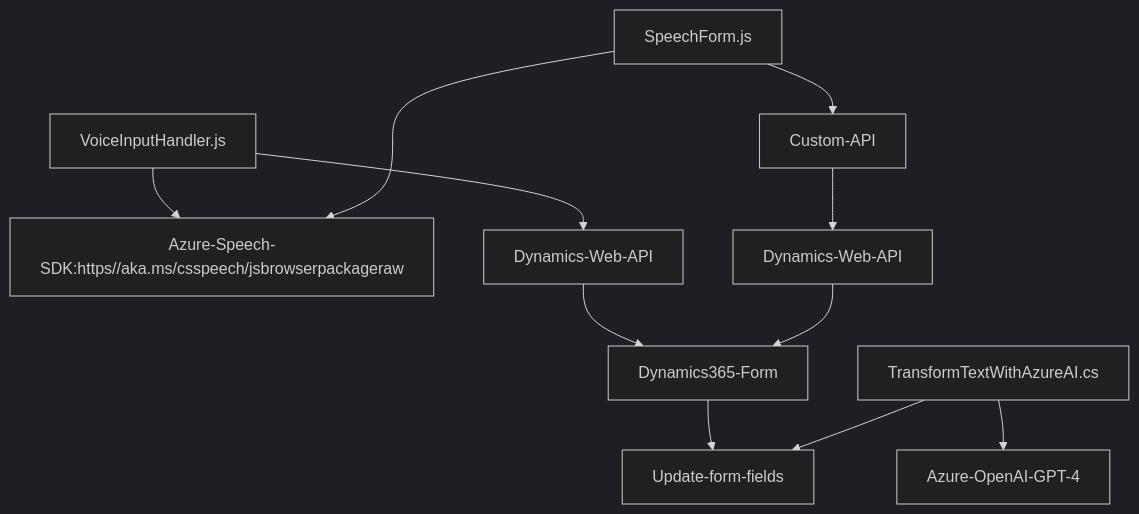
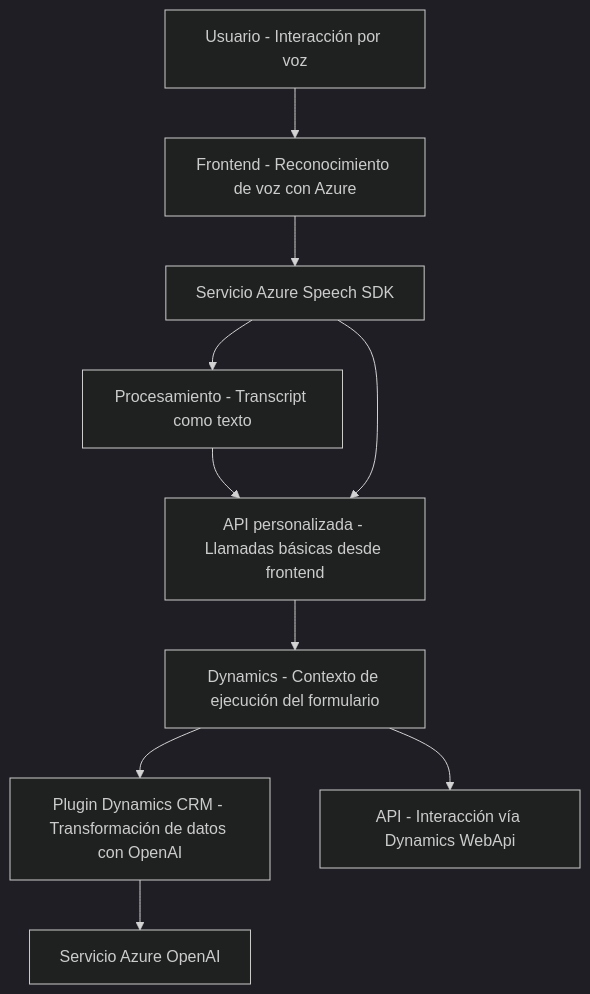
The diagram in README.md (blopezdm/NETCORE_BILBAO2025), drawn with Mermaid (dark theme) before and after one commit. The commit also changed other lines of this file, not shown here.

Commit message:
Actualizar análisis global de la solución con IA

````diff
--- a/README.md
+++ b/README.md
@@ -66,13 +34,22 @@
 ```mermaid
 graph TD
-  A["VoiceInputHandler.js"] --> B["Azure-Speech-SDK:https//aka.ms/csspeech/jsbrowserpackageraw"]
-  A --> C["Dynamics-Web-API"]
-  C --> D["Dynamics365-Form"]
-  E["SpeechForm.js"] --> B
-  E --> F["Custom-API"]
-  F --> G["Dynamics-Web-API"]
+  A["Usuario - Interacción por voz"]
+  B["Frontend - Reconocimiento de voz con Azure"]
+  C["Procesamiento - Transcript como texto"]
+  D["API personalizada - Llamadas básicas desde frontend"]
+  E["Dynamics - Contexto de ejecución del formulario"]
+  F["Plugin Dynamics CRM - Transformación de datos con OpenAI"]
+  G["Servicio Azure Speech SDK"]
+  H["Servicio Azure OpenAI"]
+  I["API - Interacción vía Dynamics WebApi"]
+
+  A --> B
+  B --> G
+  G --> C
+  C --> D
+  D --> E
+  E --> F
+  F --> H
+  E --> I
   G --> D
-  D --> J["Update-form-fields"]
-  H["TransformTextWithAzureAI.cs"] --> I["Azure-OpenAI-GPT-4"]
-  H --> J
 ```
````
